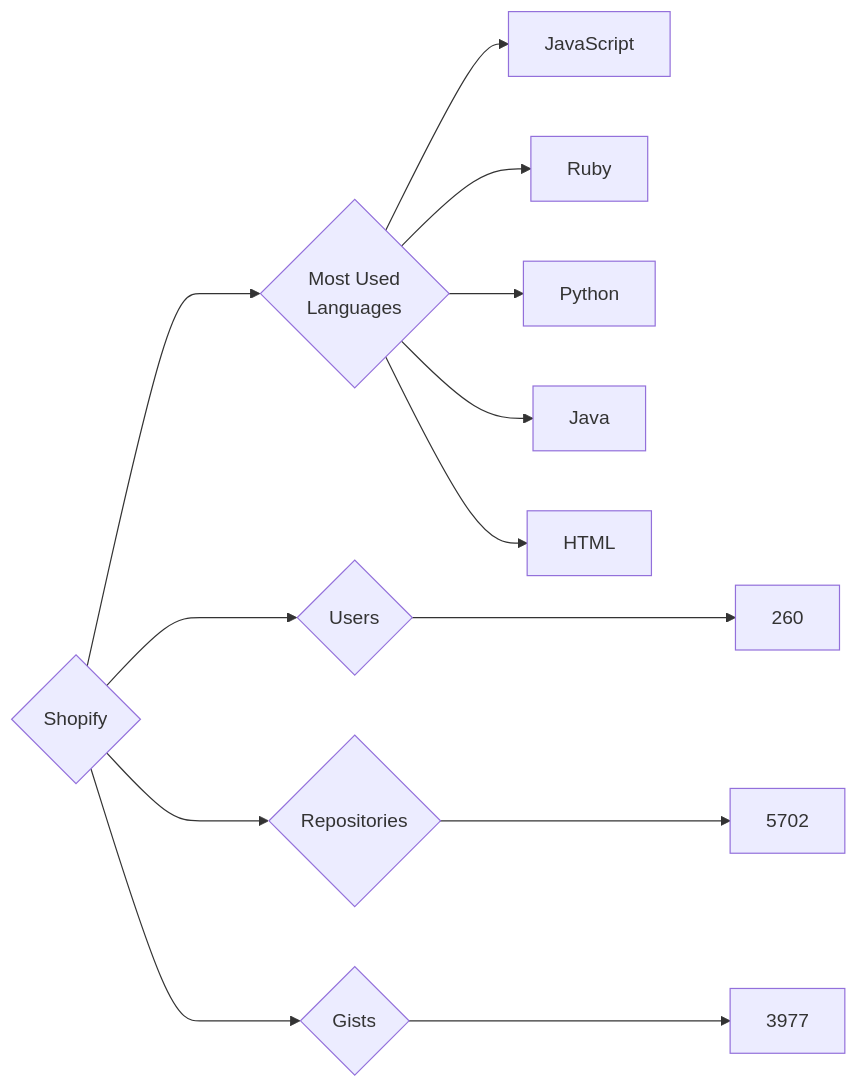
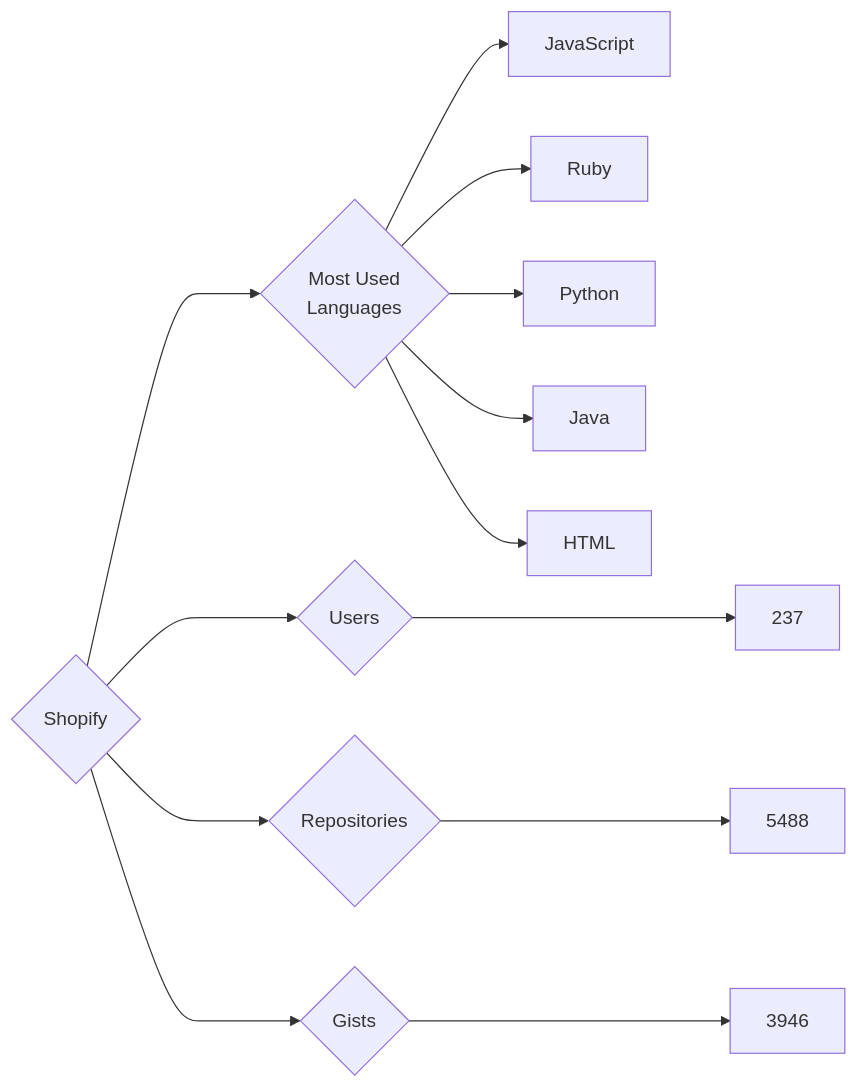
One commit to trickest/insiders changed the diagram in targets/Shopify/README.md. Above: the diagram before and after it, drawn with Mermaid. The commit also changed 815 other files, not shown here.

````diff
--- a/targets/Shopify/README.md
+++ b/targets/Shopify/README.md
@@ -3,13 +3,13 @@
 ```mermaid
 graph LR
 COMPANY_NAME{Shopify}
-COMPANY_NAME ---> U{Users} ---> UN[260]
-COMPANY_NAME ---> R{Repositories} ---> RN[5702]
-COMPANY_NAME ---> G{Gists} ---> GN[3977]
+COMPANY_NAME ---> U{Users} ---> UN[237]
+COMPANY_NAME ---> R{Repositories} ---> RN[5488]
+COMPANY_NAME ---> G{Gists} ---> GN[3946]
 COMPANY_NAME ---> ML{Most Used<br>Languages}
 ML --> JavaScript[JavaScript]
 ML --> Ruby[Ruby]
 ML --> Python[Python]
 ML --> Java[Java]
 ML --> HTML[HTML]
 ```
````
